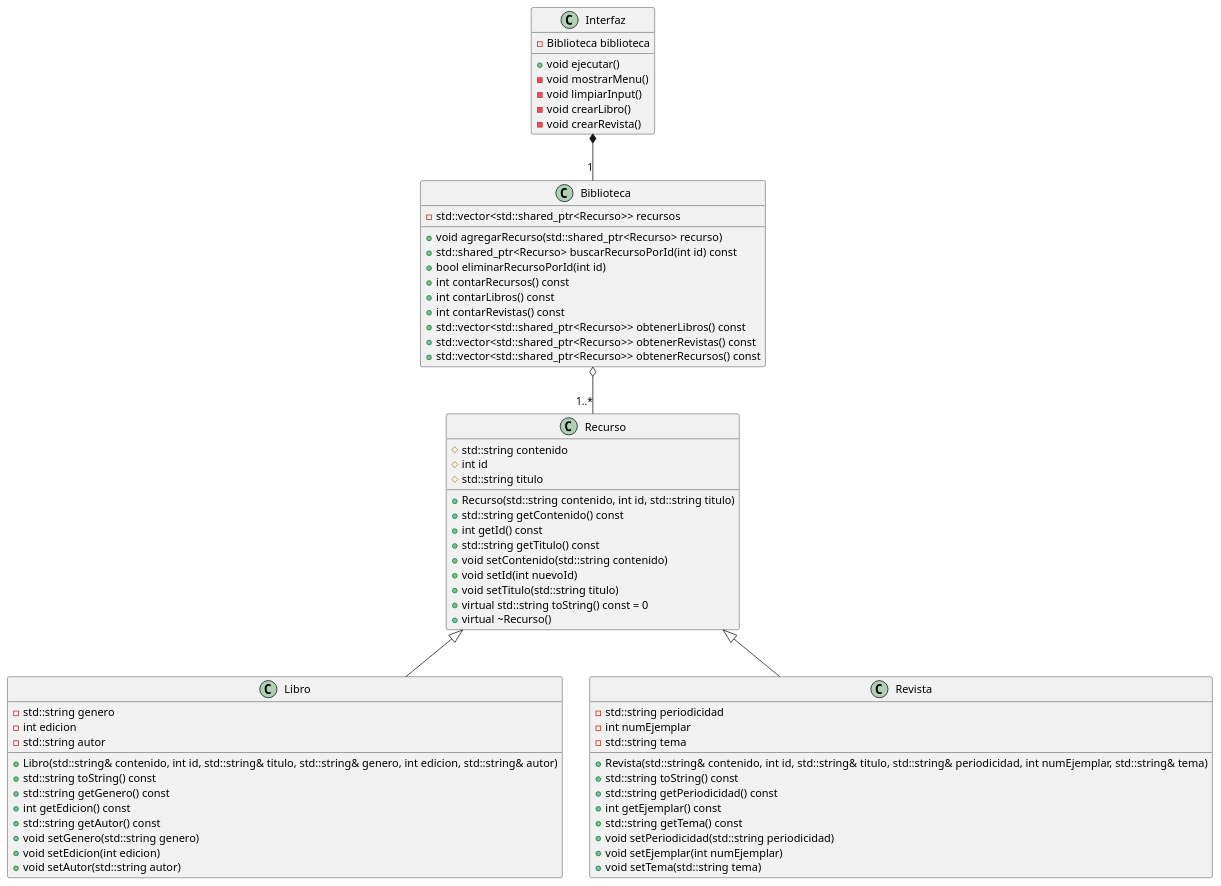
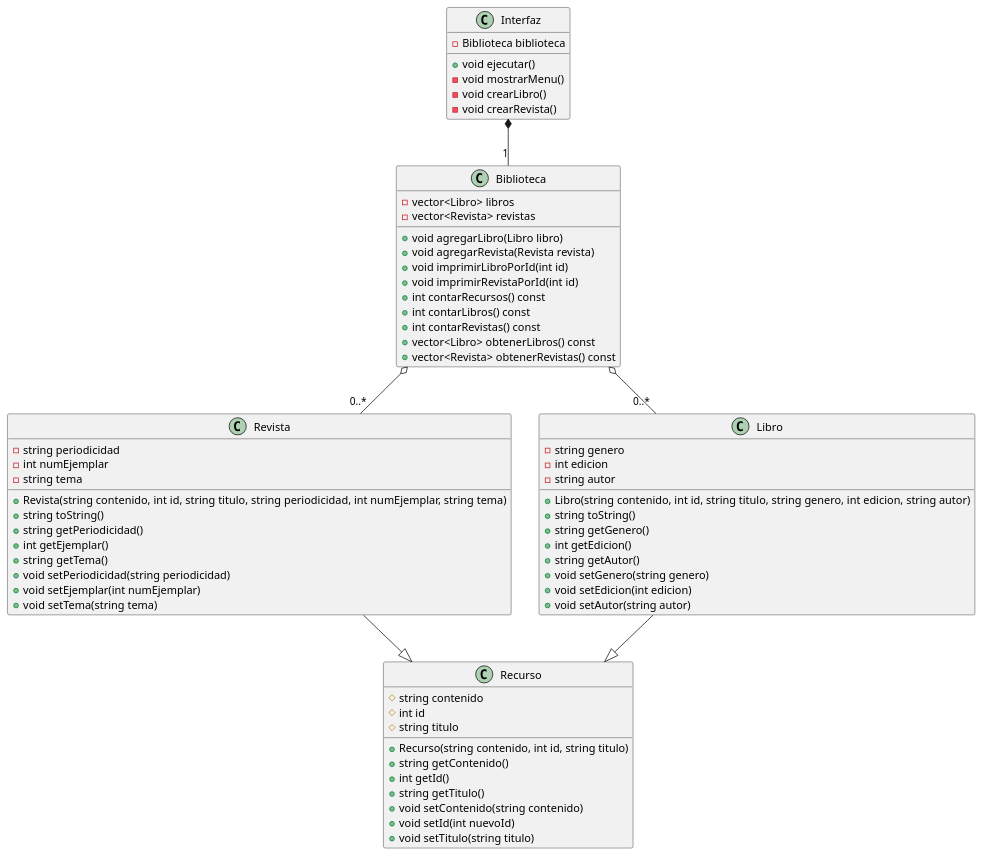
The diagram in solucion.puml (IsabellaJimenez21/Avance), drawn with PlantUML before and after one commit. The commit also changed 8 other files, not shown here.

```diff
--- a/solucion.puml
+++ b/solucion.puml
@@ -1,78 +1,77 @@
 @startuml class-diagram
 
 class Biblioteca {
-    - std::vector<std::shared_ptr<Recurso>> recursos
+    - vector<Libro> libros
+    - vector<Revista> revistas
 
-    + void agregarRecurso(std::shared_ptr<Recurso> recurso)
-    + std::shared_ptr<Recurso> buscarRecursoPorId(int id) const
-    + bool eliminarRecursoPorId(int id)
+    + void agregarLibro(Libro libro)
+    + void agregarRevista(Revista revista)
+    + void imprimirLibroPorId(int id)
+    + void imprimirRevistaPorId(int id)
     + int contarRecursos() const
     + int contarLibros() const
     + int contarRevistas() const
-    + std::vector<std::shared_ptr<Recurso>> obtenerLibros() const
-    + std::vector<std::shared_ptr<Recurso>> obtenerRevistas() const
-    + std::vector<std::shared_ptr<Recurso>> obtenerRecursos() const
+    + vector<Libro> obtenerLibros() const
+    + vector<Revista> obtenerRevistas() const
 }
 
 class Recurso {
-    # std::string contenido
+    # string contenido
     # int id
-    # std::string titulo
+    # string titulo
 
-    + Recurso(std::string contenido, int id, std::string titulo)
-    + std::string getContenido() const
-    + int getId() const
-    + std::string getTitulo() const
-    + void setContenido(std::string contenido)
+    + Recurso(string contenido, int id, string titulo)
+    + string getContenido() 
+    + int getId() 
+    + string getTitulo() 
+    + void setContenido(string contenido)
     + void setId(int nuevoId)
-    + void setTitulo(std::string titulo)
-    + virtual std::string toString() const = 0
-    + virtual ~Recurso()
+    + void setTitulo(string titulo)
 }
 
 class Libro {
-    - std::string genero
+    - string genero
     - int edicion
-    - std::string autor
+    - string autor
     
-    + Libro(std::string& contenido, int id, std::string& titulo, std::string& genero, int edicion, std::string& autor)
-    + std::string toString() const
-    + std::string getGenero() const
-    + int getEdicion() const
-    + std::string getAutor() const 
-    + void setGenero(std::string genero)
+    + Libro(string contenido, int id, string titulo, string genero, int edicion, string autor)
+    + string toString() 
+    + string getGenero() 
+    + int getEdicion() 
+    + string getAutor() 
+    + void setGenero(string genero)
     + void setEdicion(int edicion)
-    + void setAutor(std::string autor)
+    + void setAutor(string autor)
 }
 
 class Revista {
-    - std::string periodicidad
+    - string periodicidad
     - int numEjemplar
-    - std::string tema
+    - string tema
 
-    + Revista(std::string& contenido, int id, std::string& titulo, std::string& periodicidad, int numEjemplar, std::string& tema)
-    + std::string toString() const
-    + std::string getPeriodicidad() const 
-    + int getEjemplar() const 
-    + std::string getTema() const 
-    + void setPeriodicidad(std::string periodicidad)
+    + Revista(string contenido, int id, string titulo, string periodicidad, int numEjemplar, string tema)
+    + string toString() 
+    + string getPeriodicidad() 
+    + int getEjemplar() 
+    + string getTema() 
+    + void setPeriodicidad(string periodicidad)
     + void setEjemplar(int numEjemplar)
-    + void setTema(std::string tema)
+    + void setTema(string tema)
 }
 
 class Interfaz {
     - Biblioteca biblioteca
 
     + void ejecutar()
     - void mostrarMenu()
-    - void limpiarInput()
     - void crearLibro()
     - void crearRevista()
 }
 
-Recurso <|-- Libro
-Recurso <|-- Revista
-Biblioteca o-- "1..*" Recurso
+Recurso <|-up- Libro
+Recurso <|-up- Revista
+Biblioteca o-- "0..*" Libro
+Biblioteca o-- "0..*" Revista
 Interfaz *-- "1" Biblioteca
 
 @enduml
```
